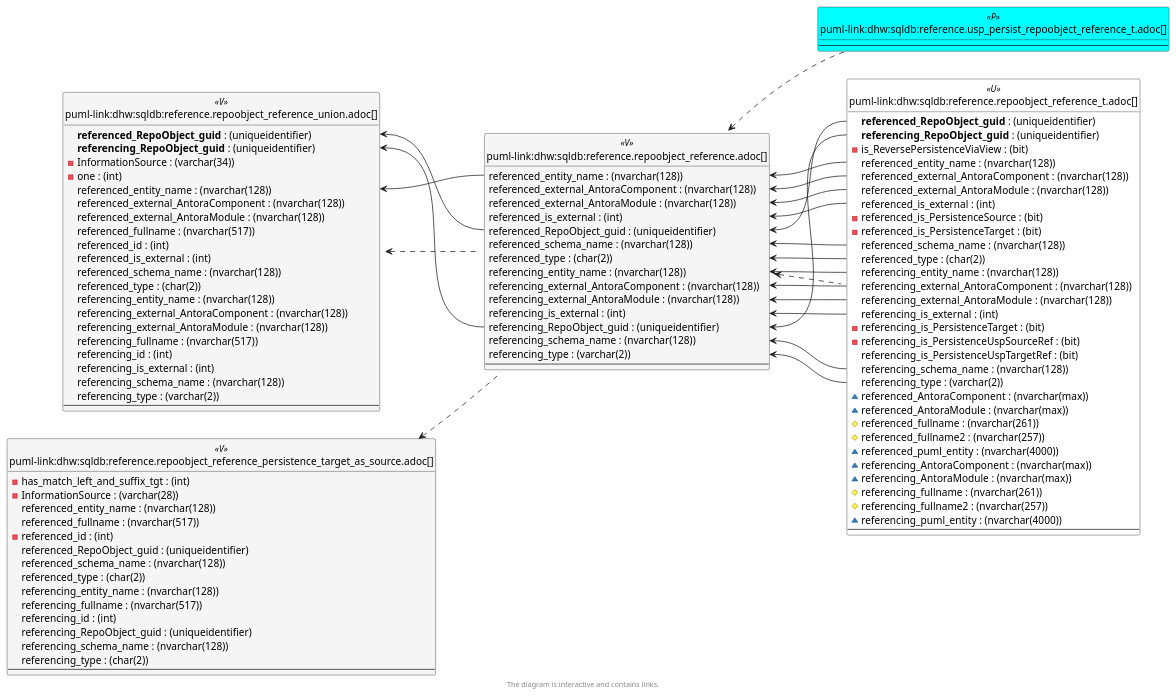
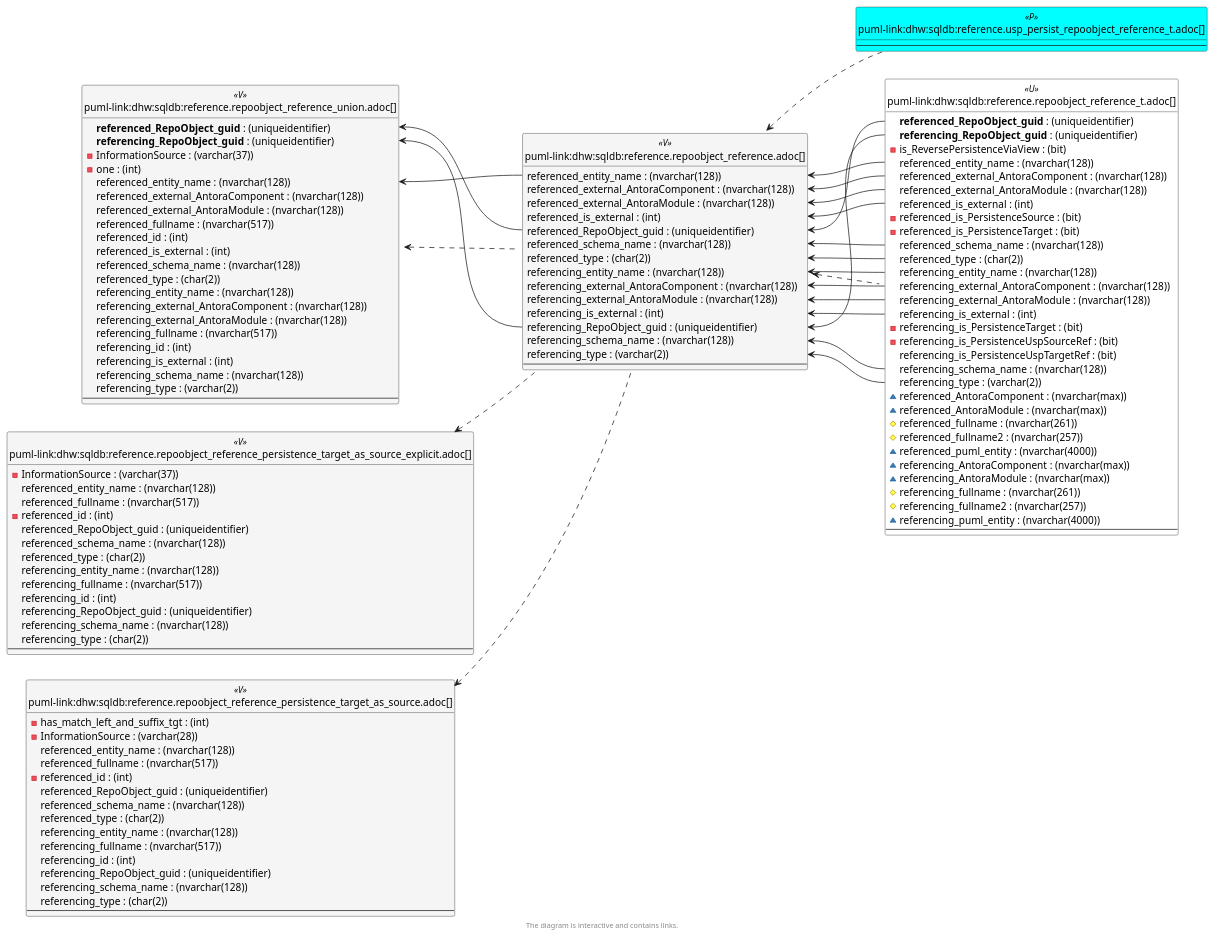
The sixth of 6 diagrams in docs/modules/sqldb/partials/content/reference.repoobject_reference.adoc (DataHandwerk/dhw-antora-sqldb), drawn with PlantUML before and after one commit. The commit also changed other lines of this file and 751 other files, not shown here.

```diff
--- a/docs/modules/sqldb/partials/content/reference.repoobject_reference.adoc
+++ b/docs/modules/sqldb/partials/content/reference.repoobject_reference.adoc
@@ -2815,6 +2832,23 @@
   --
 }
 
+entity "puml-link:dhw:sqldb:reference.repoobject_reference_persistence_target_as_source_explicit.adoc[]" as reference.RepoObject_reference_persistence_target_as_source_explicit << V >> {
+  - InformationSource : (varchar(37))
+  referenced_entity_name : (nvarchar(128))
+  referenced_fullname : (nvarchar(517))
+  - referenced_id : (int)
+  referenced_RepoObject_guid : (uniqueidentifier)
+  referenced_schema_name : (nvarchar(128))
+  referenced_type : (char(2))
+  referencing_entity_name : (nvarchar(128))
+  referencing_fullname : (nvarchar(517))
+  referencing_id : (int)
+  referencing_RepoObject_guid : (uniqueidentifier)
+  referencing_schema_name : (nvarchar(128))
+  referencing_type : (char(2))
+  --
+}
+
 entity "puml-link:dhw:sqldb:reference.repoobject_reference_t.adoc[]" as reference.RepoObject_reference_T << U >> {
   **referenced_RepoObject_guid** : (uniqueidentifier)
   **referencing_RepoObject_guid** : (uniqueidentifier)
@@ -2852,7 +2886,7 @@
 entity "puml-link:dhw:sqldb:reference.repoobject_reference_union.adoc[]" as reference.RepoObject_reference_union << V >> {
   **referenced_RepoObject_guid** : (uniqueidentifier)
   **referencing_RepoObject_guid** : (uniqueidentifier)
-  - InformationSource : (varchar(34))
+  - InformationSource : (varchar(37))
   - one : (int)
   referenced_entity_name : (nvarchar(128))
   referenced_external_AntoraComponent : (nvarchar(128))
@@ -2880,6 +2914,7 @@
 reference.RepoObject_reference <.. reference.RepoObject_reference_T
 reference.RepoObject_reference <.. reference.usp_PERSIST_RepoObject_reference_T
 reference.RepoObject_reference_persistence_target_as_source <.. reference.RepoObject_reference
+reference.RepoObject_reference_persistence_target_as_source_explicit <.. reference.RepoObject_reference
 reference.RepoObject_reference_union <.. reference.RepoObject_reference
 "reference.RepoObject_reference::referenced_entity_name" <-- "reference.RepoObject_reference_T::referenced_entity_name"
 "reference.RepoObject_reference::referenced_external_AntoraComponent" <-- "reference.RepoObject_reference_T::referenced_external_AntoraComponent"
```
